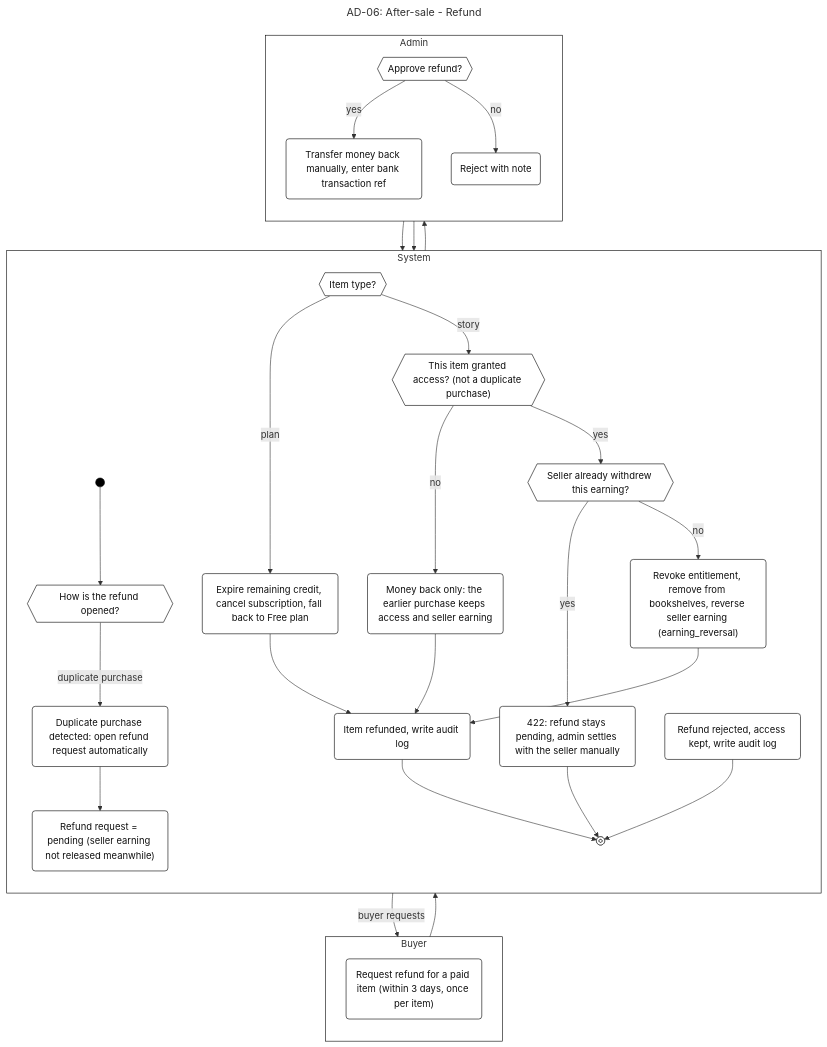
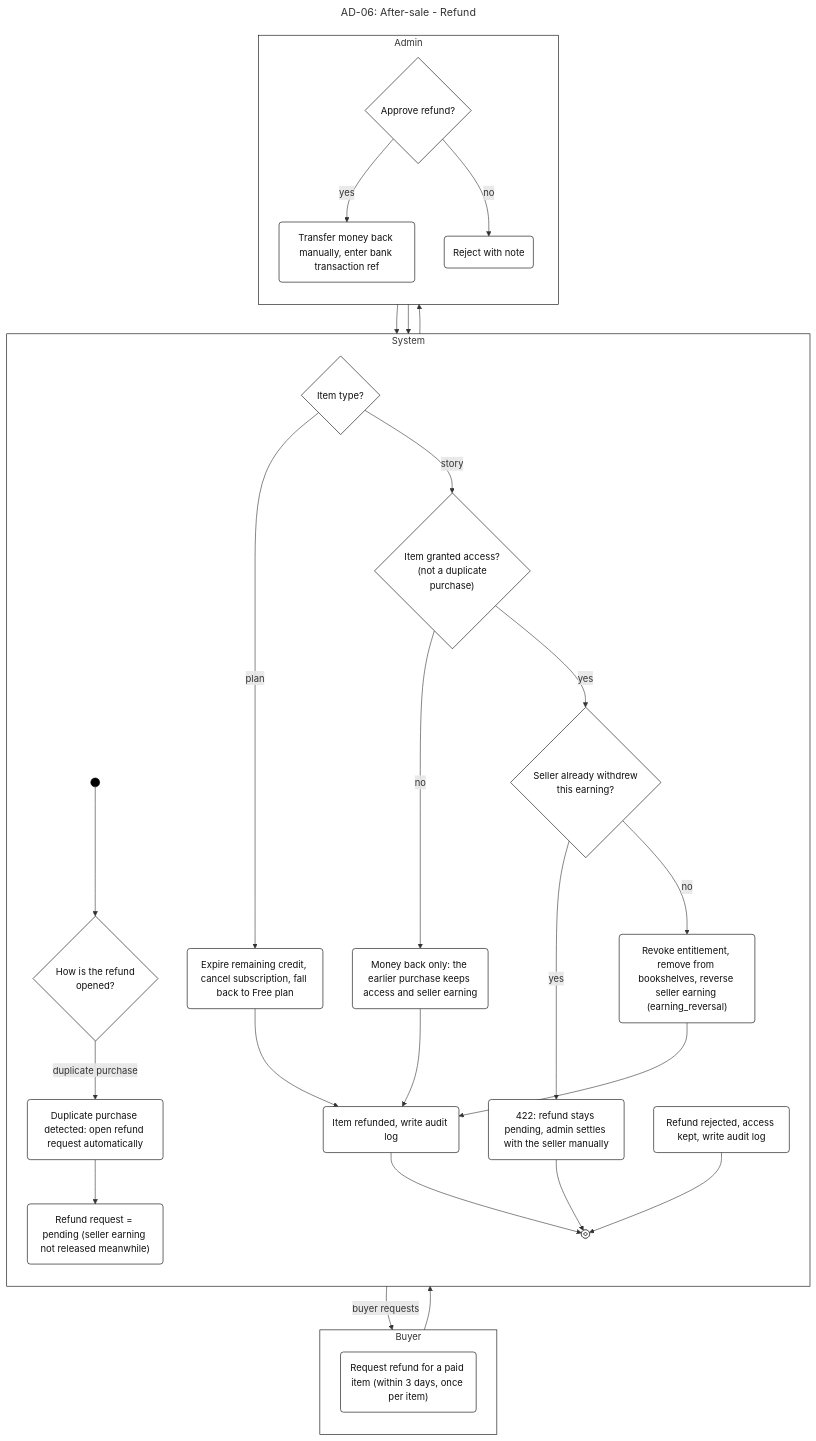
The diagram in docs/diagrams/activity/AD-06-refund.mmd (SEP490-GFA26SE186/BE), drawn with Mermaid before and after one commit. The commit also changed 17 other files, not shown here.

```diff
--- a/docs/diagrams/activity/AD-06-refund.mmd
+++ b/docs/diagrams/activity/AD-06-refund.mmd
@@ -1,62 +1,62 @@
 ---
 title: "AD-06: After-sale - Refund"
 ---
 %%{init: {"flowchart": {"curve": "linear", "nodeSpacing": 30, "rankSpacing": 40}, "themeVariables": {"fontFamily": "Arial", "fontSize": "14px", "lineColor": "#333333"}}%%
 flowchart TB
   subgraph L_B["Buyer"]
     direction TB
     a_req("Request refund for a paid item (within 3 days, once per item)")
   end
   subgraph L_S["System"]
     direction TB
     start((" "))
-    d_open{{"How is the refund opened?"}}
+    d_open{"How is the refund<br/>opened?"}
     s_dup("Duplicate purchase detected: open refund request automatically")
     s_pending("Refund request = pending (seller earning not released meanwhile)")
-    d_type{{"Item type?"}}
+    d_type{"Item type?"}
     s_rejected("Refund rejected, access kept, write audit log")
-    d_granted{{"This item granted access? (not a duplicate purchase)"}}
+    d_granted{"Item granted access?<br/>(not a duplicate<br/>purchase)"}
     s_planref("Expire remaining credit, cancel subscription, fall back to Free plan")
-    d_withdrew{{"Seller already withdrew this earning?"}}
+    d_withdrew{"Seller already withdrew<br/>this earning?"}
     s_money("Money back only: the earlier purchase keeps access and seller earning")
     s_422("422: refund stays pending, admin settles with the seller manually")
     s_revoke("Revoke entitlement, remove from bookshelves, reverse seller earning (earning_reversal)")
     s_refunded("Item refunded, write audit log")
     n_end@{ shape: fr-circ }
   end
   subgraph L_A["Admin"]
     direction TB
-    d_approve{{"Approve refund?"}}
+    d_approve{"Approve refund?"}
     a_transfer("Transfer money back manually, enter bank transaction ref")
     a_reject("Reject with note")
   end
 
   start --> d_open
   d_open -- "buyer requests" --> a_req
   d_open -- "duplicate purchase" --> s_dup
   a_req --> s_pending
   s_dup --> s_pending
   s_pending --> d_approve
   d_approve -- "yes" --> a_transfer
   d_approve -- "no" --> a_reject
   a_reject --> s_rejected
   a_transfer --> d_type
   d_type -- "plan" --> s_planref
   d_type -- "story" --> d_granted
   d_granted -- "no" --> s_money
   d_granted -- "yes" --> d_withdrew
   d_withdrew -- "yes" --> s_422
   d_withdrew -- "no" --> s_revoke
   s_revoke --> s_refunded
   s_money --> s_refunded
   s_planref --> s_refunded
   s_refunded --> n_end
   s_422 --> n_end
   s_rejected --> n_end
 
   classDef default fill:#FFFFFF,stroke:#000000,color:#111111
   classDef solid fill:#000000,stroke:#000000
   class start solid
   style L_B fill:#FFFFFF,stroke:#000000
   style L_S fill:#FFFFFF,stroke:#000000
   style L_A fill:#FFFFFF,stroke:#000000
```
